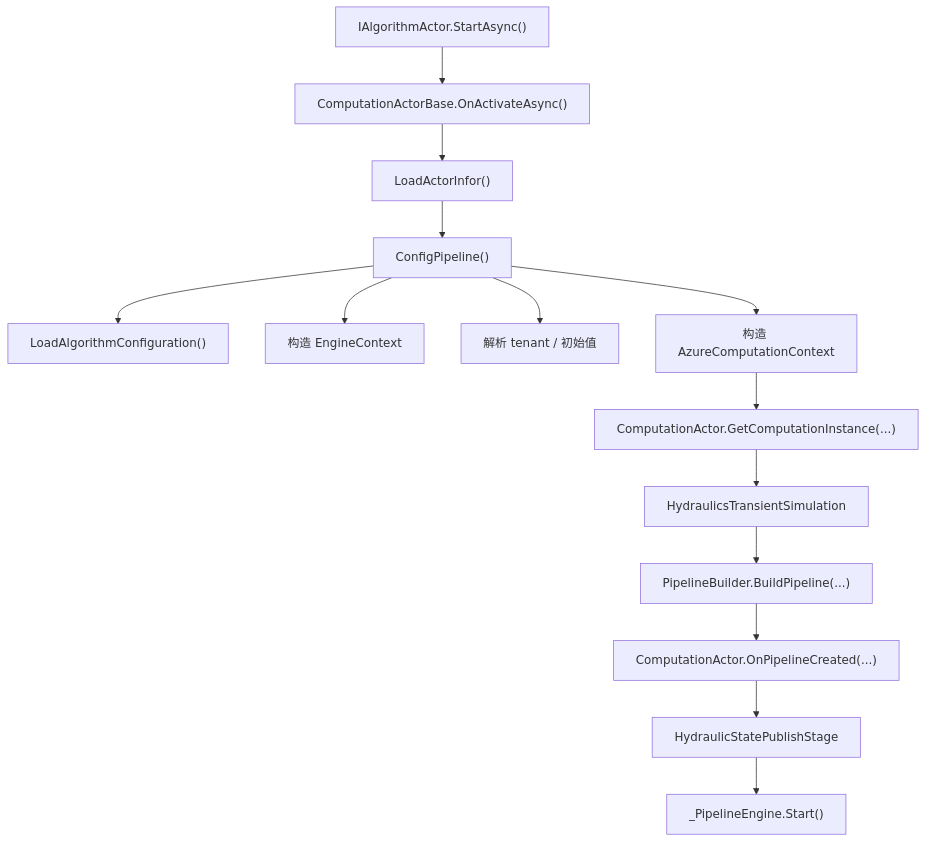
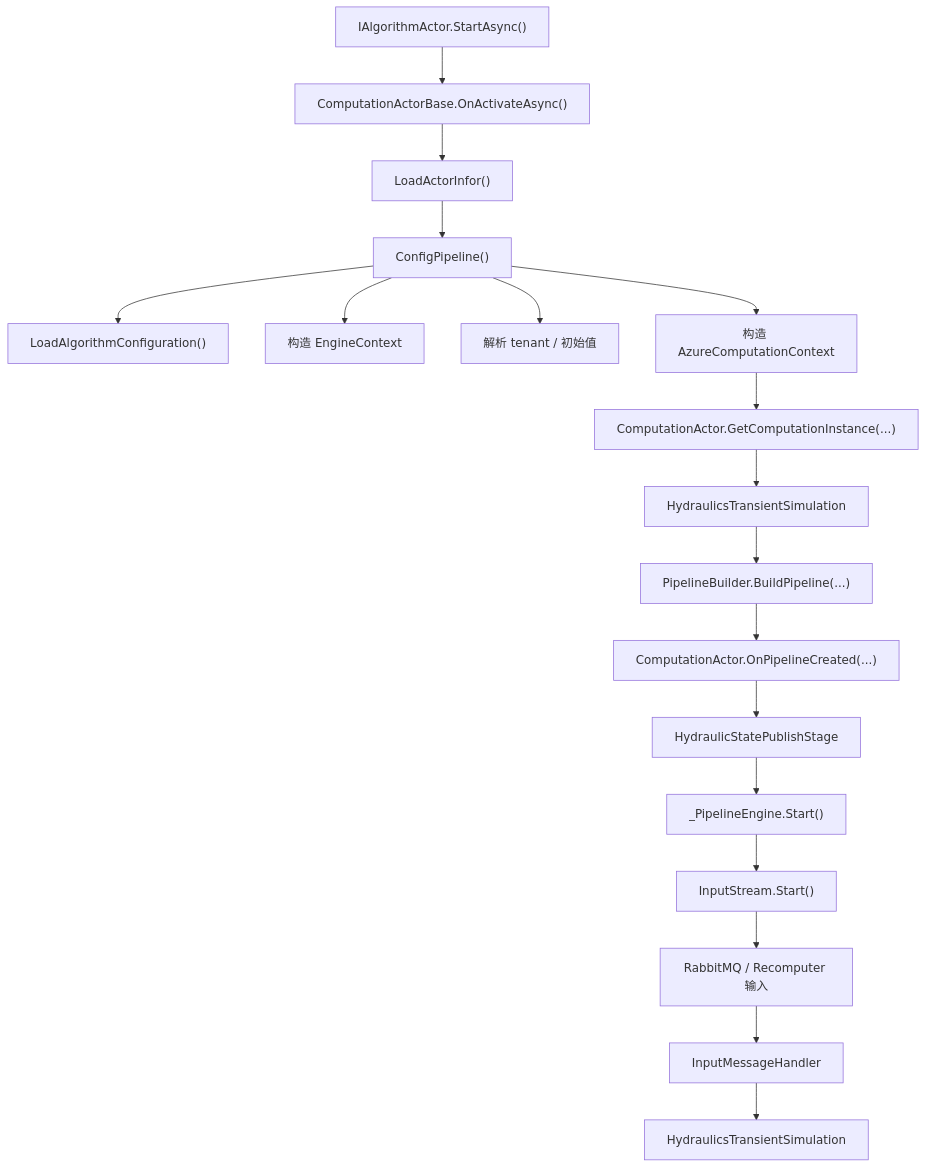
Before and after one commit to shenzheng/slb-pa-migration: the third of 3 diagrams in doc/actor-director-call-chain.md, drawn with Mermaid. The commit also changed other lines of this file, not shown here.

````diff
--- a/doc/actor-director-call-chain.md
+++ b/doc/actor-director-call-chain.md
@@ -174,16 +202,20 @@
 ```mermaid
 flowchart TD
     A["IAlgorithmActor.StartAsync()"] --> B["ComputationActorBase.OnActivateAsync()"]
     B --> C["LoadActorInfor()"]
     C --> D["ConfigPipeline()"]
     D --> E["LoadAlgorithmConfiguration()"]
     D --> F["构造 EngineContext"]
     D --> G["解析 tenant / 初始值"]
     D --> H["构造 AzureComputationContext"]
     H --> I["ComputationActor.GetComputationInstance(...)"]
     I --> J["HydraulicsTransientSimulation"]
     J --> K["PipelineBuilder.BuildPipeline(...)"]
     K --> L["ComputationActor.OnPipelineCreated(...)"]
     L --> M["HydraulicStatePublishStage"]
     M --> N["_PipelineEngine.Start()"]
+    N --> O["InputStream.Start()"]
+    O --> P["RabbitMQ / Recomputer 输入"]
+    P --> Q["InputMessageHandler"]
+    Q --> R["HydraulicsTransientSimulation"]
 ```
````
